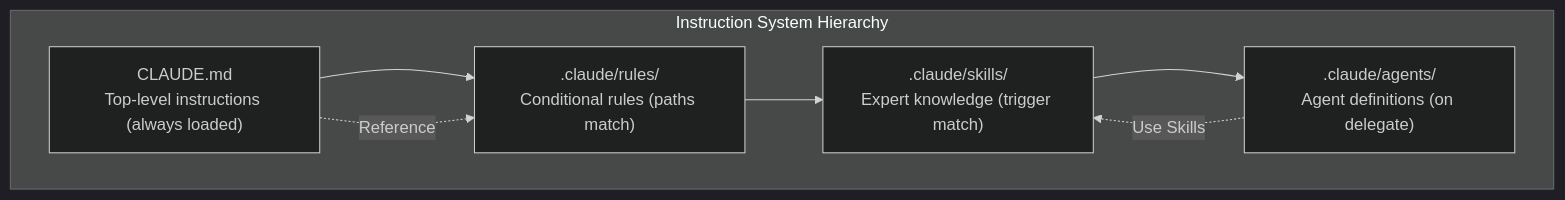
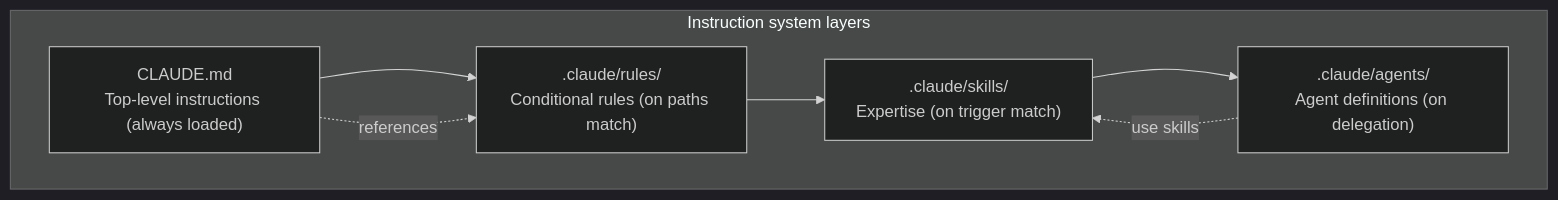
The fourth of 4 diagrams in docs-site/content/en/advanced/claude-md-guide.md (modu-ai/moai-adk), drawn with Mermaid (dark theme) before and after one commit. The commit also changed other lines of this file and 395 other files, not shown here.

````diff
--- a/docs-site/content/en/advanced/claude-md-guide.md
+++ b/docs-site/content/en/advanced/claude-md-guide.md
@@ -324,17 +329,17 @@
 ```mermaid
 flowchart TD
-    subgraph HIERARCHY["Instruction System Hierarchy"]
+    subgraph HIERARCHY["Instruction system layers"]
         CLAUDE["CLAUDE.md<br>Top-level instructions (always loaded)"]
-        RULES[".claude/rules/<br>Conditional rules (paths match)"]
-        SKILLS[".claude/skills/<br>Expert knowledge (trigger match)"]
-        AGENTS[".claude/agents/<br>Agent definitions (on delegate)"]
+        RULES[".claude/rules/<br>Conditional rules (on paths match)"]
+        SKILLS[".claude/skills/<br>Expertise (on trigger match)"]
+        AGENTS[".claude/agents/<br>Agent definitions (on delegation)"]
     end
 
     CLAUDE --> RULES
     RULES --> SKILLS
     SKILLS --> AGENTS
 
-    CLAUDE -.->|"Reference"| RULES
-    AGENTS -.->|"Use Skills"| SKILLS
+    CLAUDE -.->|"references"| RULES
+    AGENTS -.->|"use skills"| SKILLS
 
 ```
````
